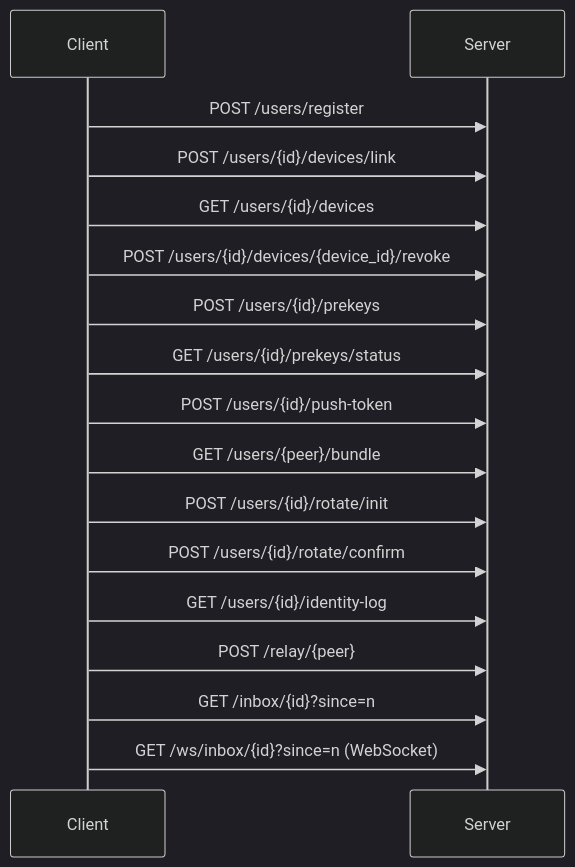
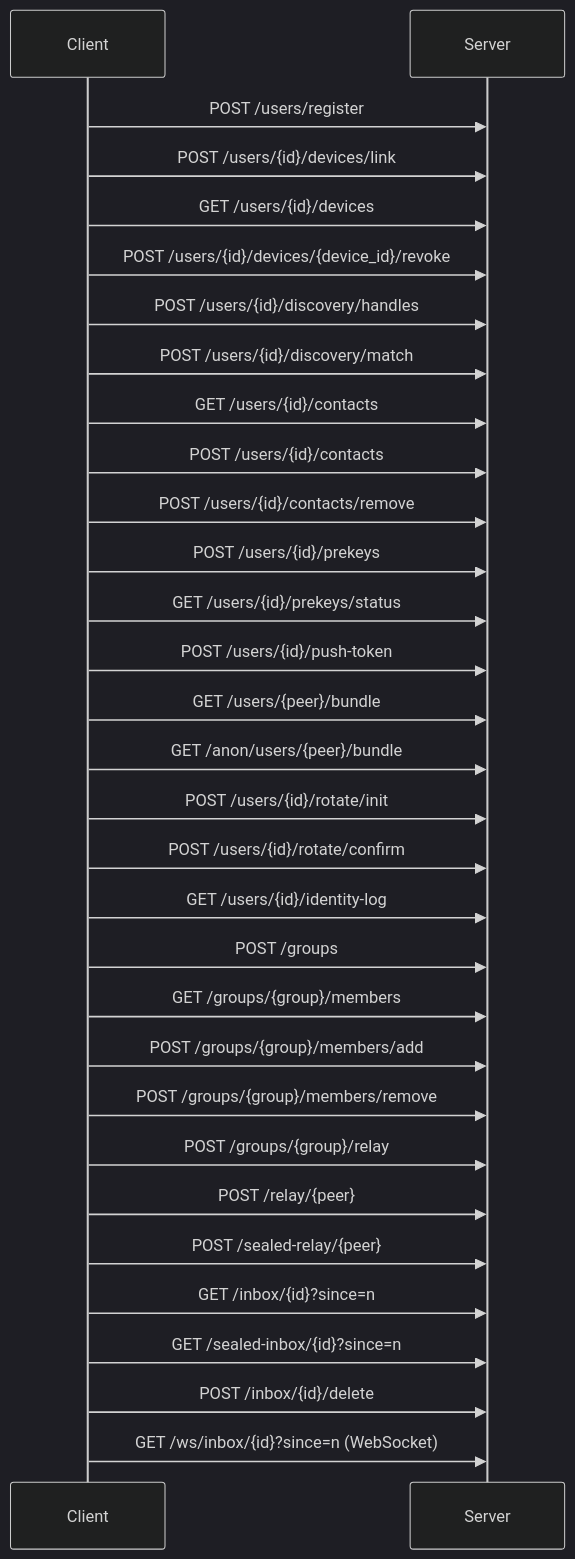
The first of 2 diagrams in docs/API.md (ErenAri/post-quantum-messaging-app), drawn with Mermaid (dark theme) before and after one commit. The commit also changed other lines of this file and 21 other files, not shown here.

Commit message:
feat: Implement core messaging features including group chat, sealed sender, contacts discovery, device management, and post-quantum key exchange.

````diff
--- a/docs/API.md
+++ b/docs/API.md
@@ -14,19 +14,33 @@
 ```mermaid
 sequenceDiagram
     participant C as Client
     participant S as Server
     C->>S: POST /users/register
     C->>S: POST /users/{id}/devices/link
     C->>S: GET /users/{id}/devices
     C->>S: POST /users/{id}/devices/{device_id}/revoke
+    C->>S: POST /users/{id}/discovery/handles
+    C->>S: POST /users/{id}/discovery/match
+    C->>S: GET /users/{id}/contacts
+    C->>S: POST /users/{id}/contacts
+    C->>S: POST /users/{id}/contacts/remove
     C->>S: POST /users/{id}/prekeys
     C->>S: GET /users/{id}/prekeys/status
     C->>S: POST /users/{id}/push-token
     C->>S: GET /users/{peer}/bundle
+    C->>S: GET /anon/users/{peer}/bundle
     C->>S: POST /users/{id}/rotate/init
     C->>S: POST /users/{id}/rotate/confirm
     C->>S: GET /users/{id}/identity-log
+    C->>S: POST /groups
+    C->>S: GET /groups/{group}/members
+    C->>S: POST /groups/{group}/members/add
+    C->>S: POST /groups/{group}/members/remove
+    C->>S: POST /groups/{group}/relay
     C->>S: POST /relay/{peer}
+    C->>S: POST /sealed-relay/{peer}
     C->>S: GET /inbox/{id}?since=n
+    C->>S: GET /sealed-inbox/{id}?since=n
+    C->>S: POST /inbox/{id}/delete
     C->>S: GET /ws/inbox/{id}?since=n (WebSocket)
 ```
````
